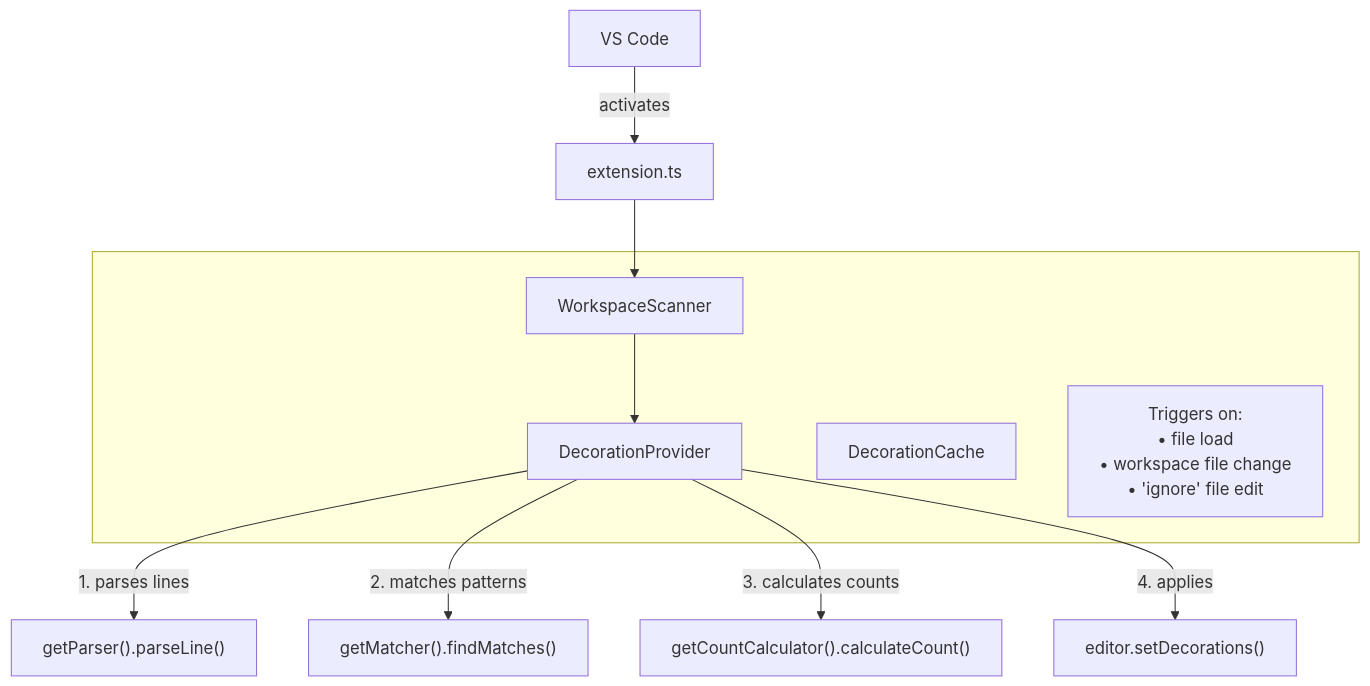
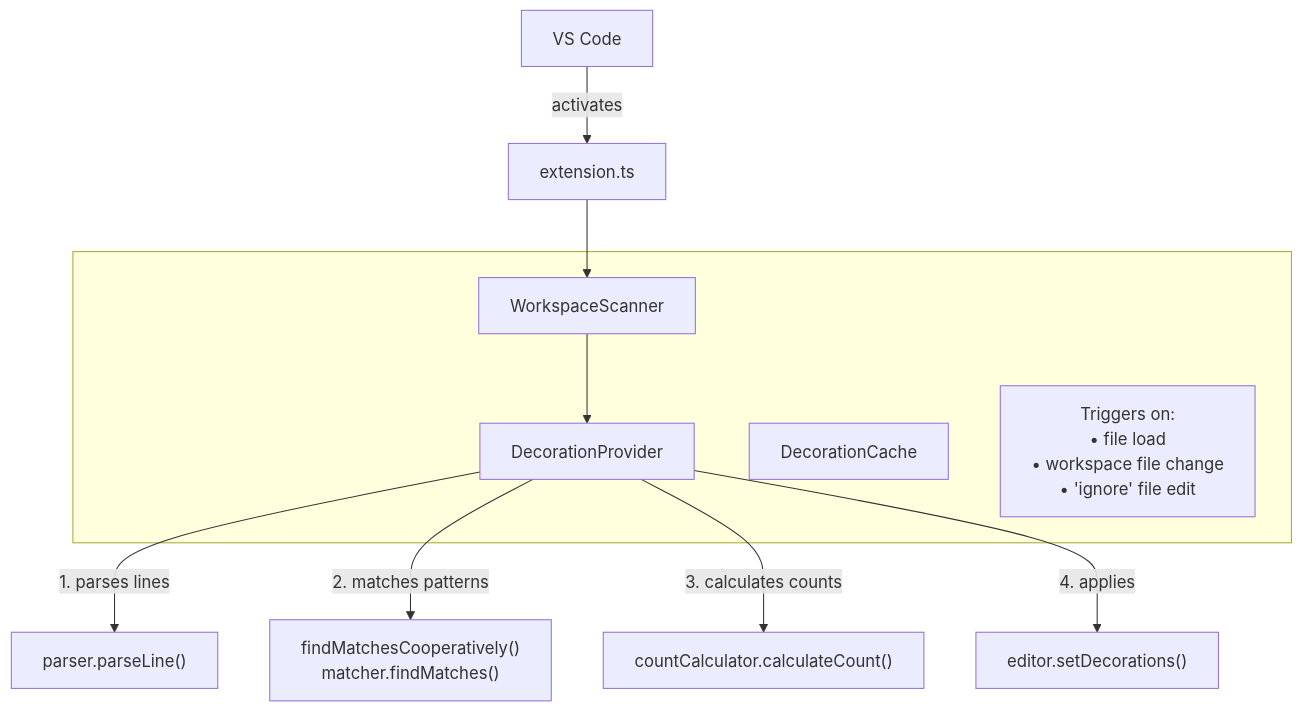
The diagram in docs/flow.md (jasonftl/ignore_lens), drawn with Mermaid before and after one commit. The commit also changed other lines of this file and 4 other files, not shown here.

````diff
--- a/docs/flow.md
+++ b/docs/flow.md
@@ -5,17 +5,17 @@
 ```mermaid
 flowchart TD
     A[VS Code] -->|activates| B[extension.ts]
     B --> C
 
     subgraph " "
         C[WorkspaceScanner] --> D[DecorationProvider]
         K[DecorationCache]
         N["Triggers on:<br>• file load<br>• workspace file change<br>• 'ignore' file edit"]
     end
 
 
-    D -->|1. parses lines| E["getParser().parseLine()"]
-    D -->|2. matches patterns| F["getMatcher().findMatches()"]
-    D -->|3. calculates counts| H["getCountCalculator().calculateCount()"]
+    D -->|1. parses lines| E["parser.parseLine()"]
+    D -->|2. matches patterns| F["findMatchesCooperatively()<br>matcher.findMatches()"]
+    D -->|3. calculates counts| H["countCalculator.calculateCount()"]
     D -->|4. applies| G["editor.setDecorations()"]
 ```
````
